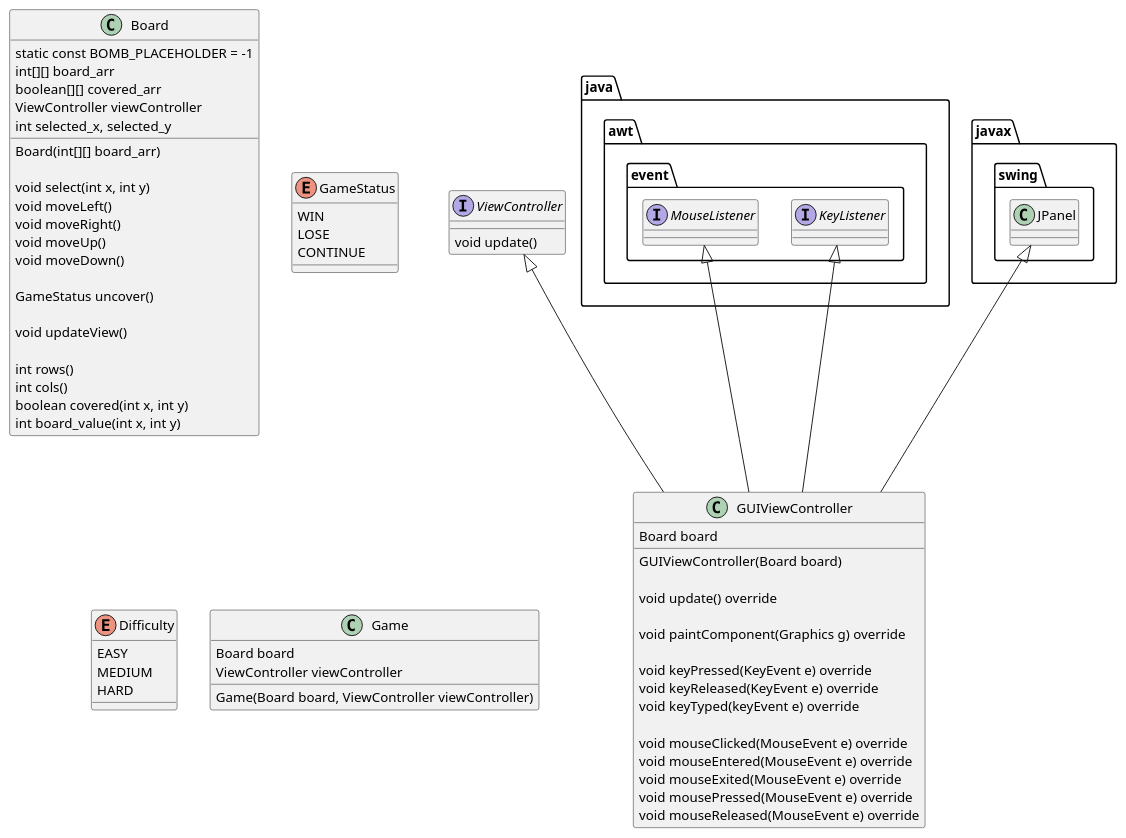
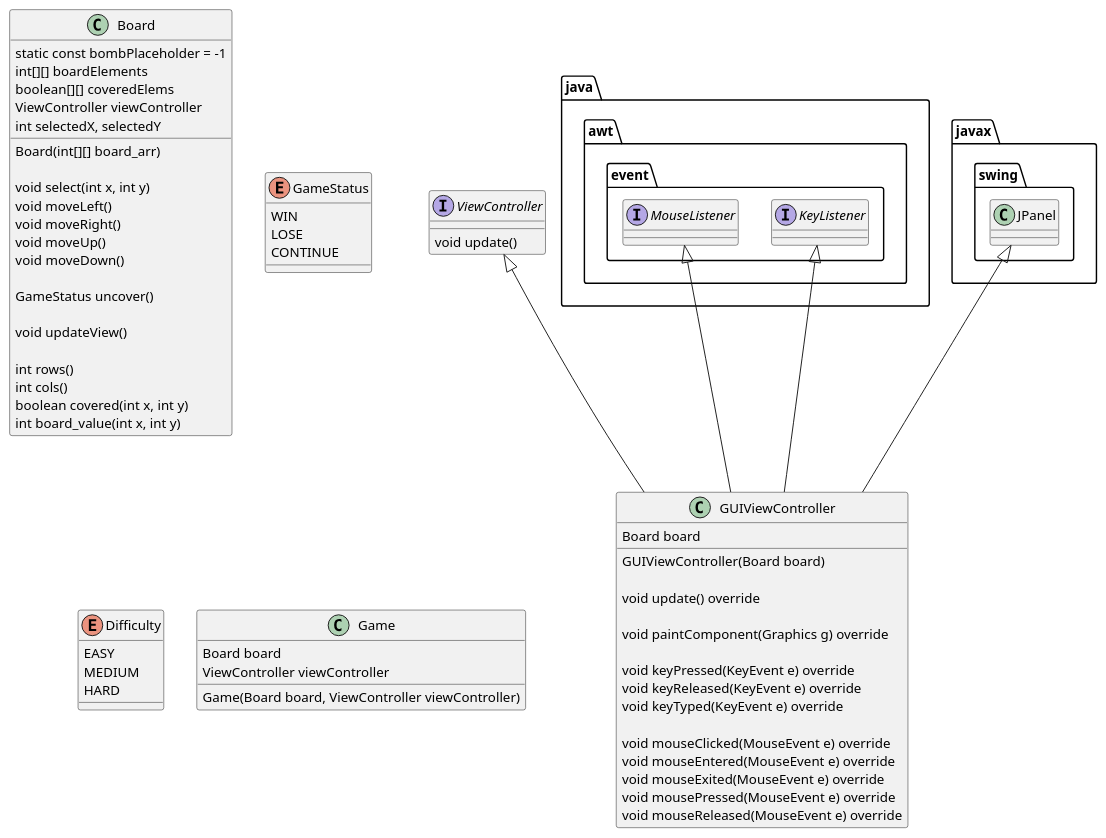
Before and after one commit to MarkMizzi/minesweeper: the diagram in design/minesweeper.plantuml, drawn with PlantUML.

Commit message:
refactor names in design UML to camelCase.

```diff
--- a/design/minesweeper.plantuml
+++ b/design/minesweeper.plantuml
@@ -1,81 +1,81 @@
 @startuml
 
 class Board {
 
-    static const BOMB_PLACEHOLDER = -1
-    int[][] board_arr
-    boolean[][] covered_arr
+    static const bombPlaceholder = -1
+    int[][] boardElements
+    boolean[][] coveredElems
     ViewController viewController
-    int selected_x, selected_y
+    int selectedX, selectedY
 
     Board(int[][] board_arr)
 
     void select(int x, int y)
     void moveLeft()
     void moveRight()
     void moveUp()
     void moveDown()
 
     GameStatus uncover()
 
     void updateView()
 
     int rows()
     int cols()
     boolean covered(int x, int y)
     int board_value(int x, int y)
 }
 
 enum GameStatus {
     WIN
     LOSE
     CONTINUE
 }
 
 enum Difficulty {
     EASY
     MEDIUM
     HARD
 }
 
 class GUIViewController {
     Board board
 
     GUIViewController(Board board)
 
     void update() override
 
     void paintComponent(Graphics g) override
 
     void keyPressed(KeyEvent e) override
     void keyReleased(KeyEvent e) override
-    void keyTyped(keyEvent e) override
+    void keyTyped(KeyEvent e) override
 
     void mouseClicked(MouseEvent e) override
     void mouseEntered(MouseEvent e) override
     void mouseExited(MouseEvent e) override
     void mousePressed(MouseEvent e) override
     void mouseReleased(MouseEvent e) override
 }
 
 interface ViewController {
     void update()
 }
 
 class Game {
     Board board
     ViewController viewController
 
     Game(Board board, ViewController viewController)
 }
 
 interface java.awt.event.KeyListener
 interface java.awt.event.MouseListener
 class javax.swing.JPanel
 
 ViewController <|-- GUIViewController
 java.awt.event.KeyListener <|-- GUIViewController
 java.awt.event.MouseListener <|-- GUIViewController
 javax.swing.JPanel <|-- GUIViewController
 
 @enduml
```
